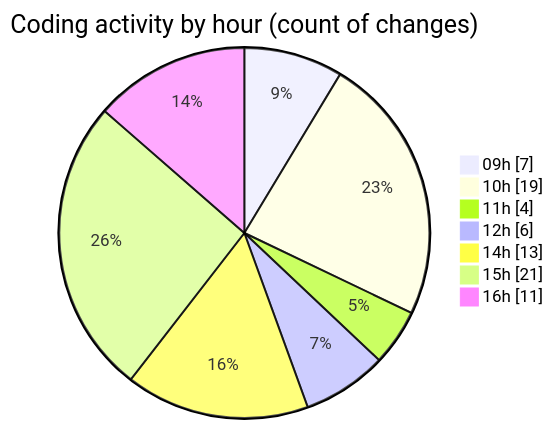
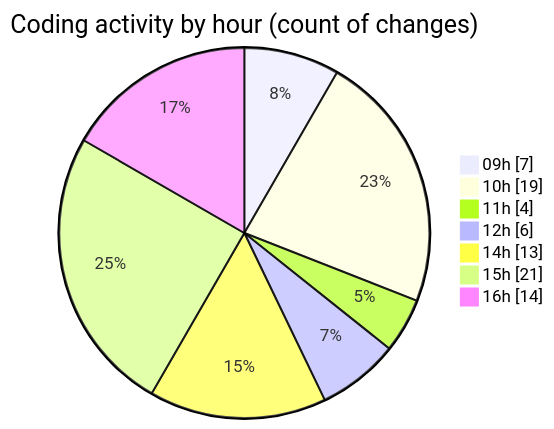
One commit to momahboobian/code-tracking changed the second of 2 diagrams in 2025-11-12/cda/README.md. Above: the diagram before and after it, drawn with Mermaid. The commit also changed other lines of this file and 1 other file, not shown here.

````diff
--- a/2025-11-12/cda/README.md
+++ b/2025-11-12/cda/README.md
@@ -48,11 +48,11 @@
 ```mermaid
 pie showData
 title Coding activity by hour (count of changes)
 "09h" : 7
 "10h" : 19
 "11h" : 4
 "12h" : 6
 "14h" : 13
 "15h" : 21
-"16h" : 11
+"16h" : 14
 ```
````
